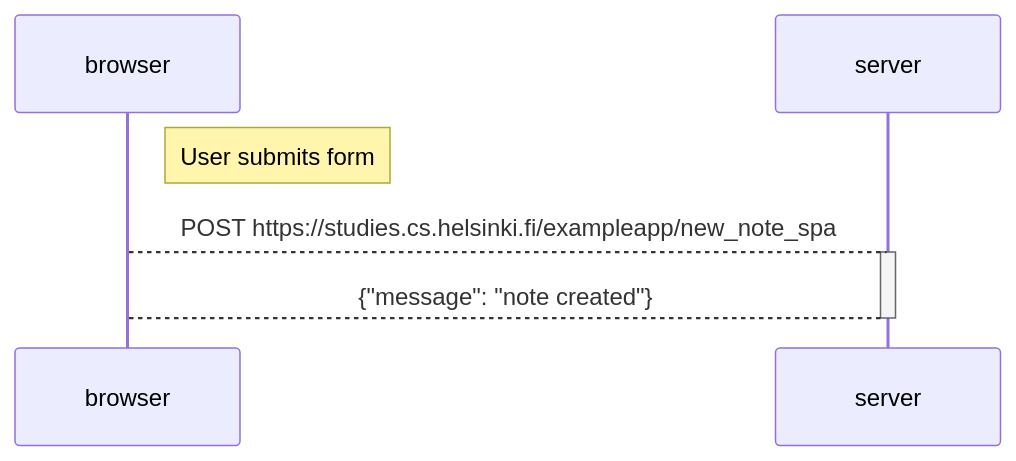
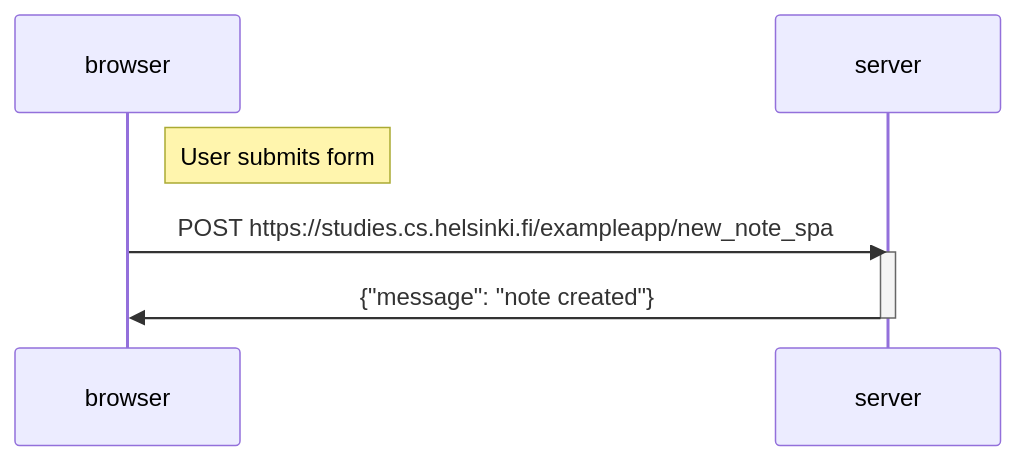
The diagram in part0/part0_6.md (EimantasPusinskas/uoh), drawn with Mermaid before and after one commit.

````diff
--- a/part0/part0_6.md
+++ b/part0/part0_6.md
@@ -1,14 +1,14 @@
 ```mermaid
 sequenceDiagram
     participant browser
     participant server
 
     Note right of browser: User submits form
-    browser-->server: POST https://studies.cs.helsinki.fi/exampleapp/new_note_spa
+    browser->>server: POST https://studies.cs.helsinki.fi/exampleapp/new_note_spa
     activate server
-    server-->browser: {"message": "note created"}
+    server->>browser: {"message": "note created"}
     deactivate server
 
 
     
 ```
````
